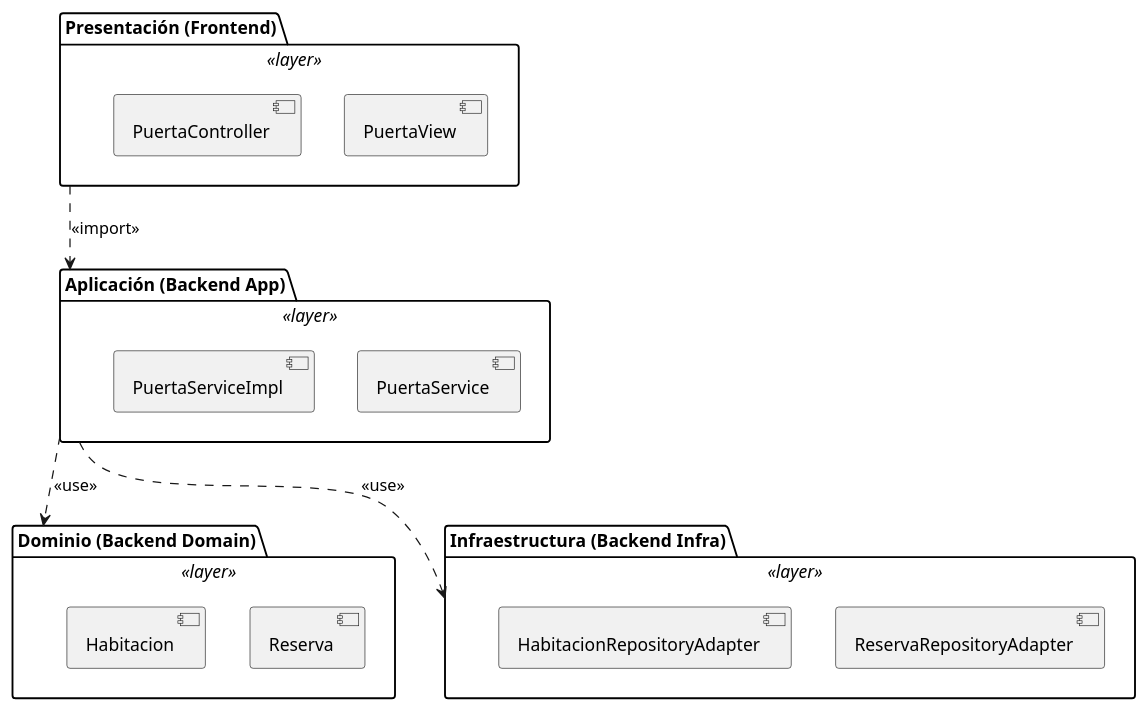
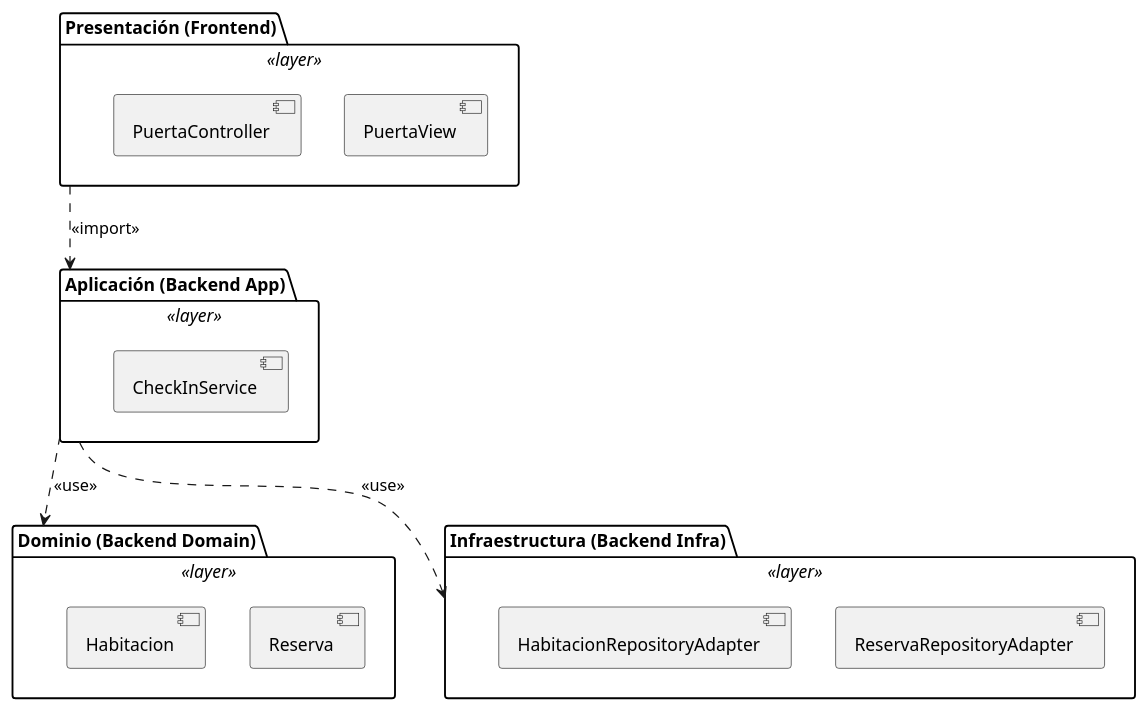
Diagram 25 of 36 in RefactorV4.md (Tsmrain/GestionSistemas), drawn with PlantUML before and after one commit. The commit also changed other lines of this file and 1 other file, not shown here.

Commit message:
feat: add ventas_insumos table and refactor PuertaController to CheckInService

````diff
--- a/RefactorV4.md
+++ b/RefactorV4.md
@@ -1395,23 +1390,22 @@
 ```plantuml
 @startuml
 package "Presentación (Frontend)" <<layer>> {
   [PuertaView]
   [PuertaController]
 }
 package "Aplicación (Backend App)" <<layer>> {
-  [PuertaService]
-  [PuertaServiceImpl]
+  [CheckInService]
 }
 package "Dominio (Backend Domain)" <<layer>> {
   [Reserva]
   [Habitacion]
 }
 package "Infraestructura (Backend Infra)" <<layer>> {
   [ReservaRepositoryAdapter]
   [HabitacionRepositoryAdapter]
 }
 "Presentación (Frontend)" ..> "Aplicación (Backend App)" : <<import>>
 "Aplicación (Backend App)" ..> "Dominio (Backend Domain)" : <<use>>
 "Aplicación (Backend App)" ..> "Infraestructura (Backend Infra)" : <<use>>
 @enduml
 ```
````
